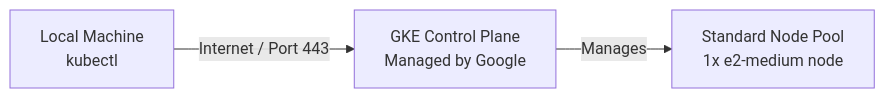
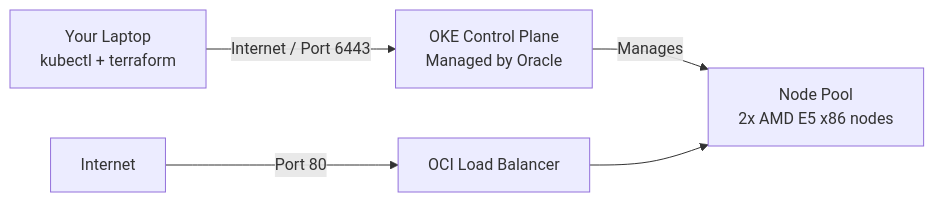
The diagram in section 3/README.md (amlcoftherockies/scaling-the-kubernetes-mountain), drawn with Mermaid before and after one commit. The commit also changed other lines of this file and 41 other files, not shown here.

````diff
--- a/section 3/README.md
+++ b/section 3/README.md
@@ -15,5 +20,6 @@
 ```mermaid
 graph LR
-    LocalMachine[Local Machine <br> kubectl] -->|Internet / Port 443| GKEControl[GKE Control Plane <br> Managed by Google]
-    GKEControl -->|Manages| NodePool[Standard Node Pool <br> 1x e2-medium node]
+    Laptop[Your Laptop <br> kubectl + terraform] -->|Internet / Port 6443| OKEControl[OKE Control Plane <br> Managed by Oracle]
+    OKEControl -->|Manages| NodePool[Node Pool <br> 2x AMD E5 x86 nodes]
+    Internet[Internet] -->|Port 80| LB[OCI Load Balancer] --> NodePool
 ```
````
